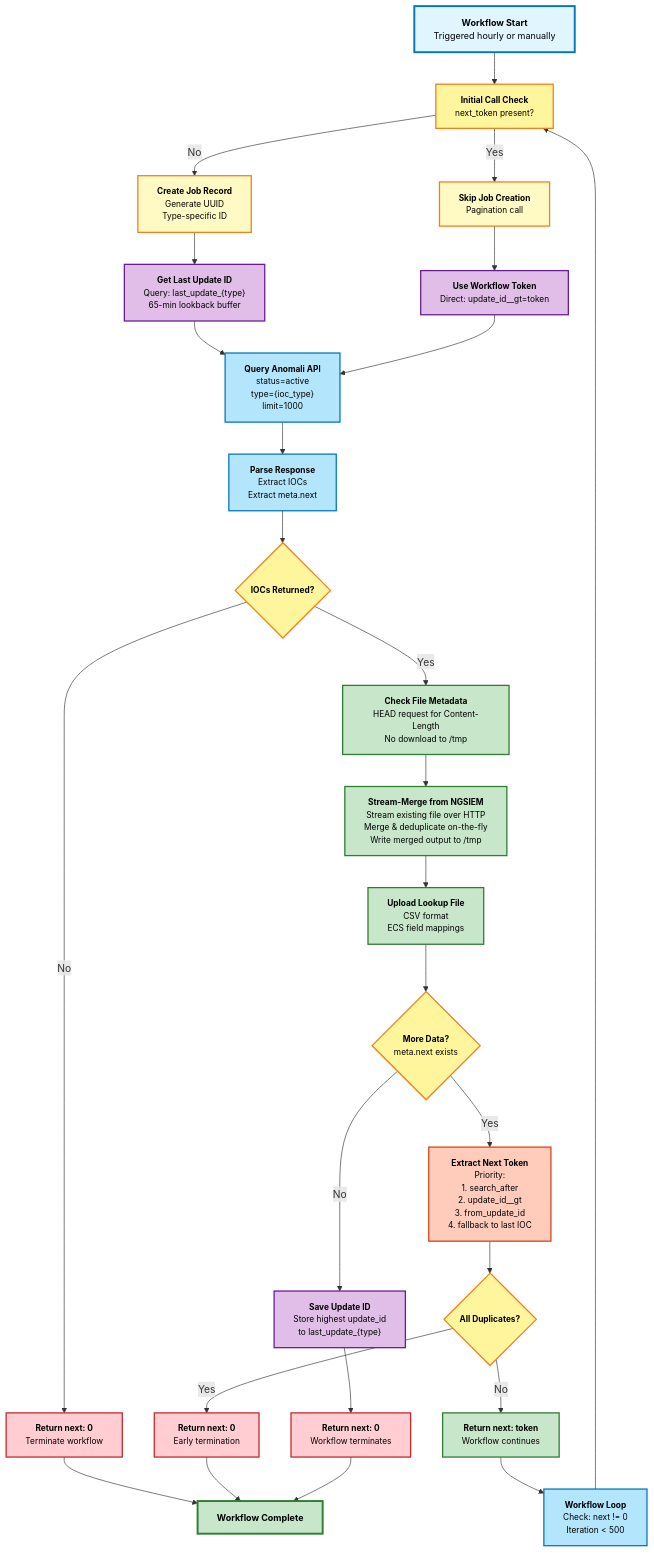
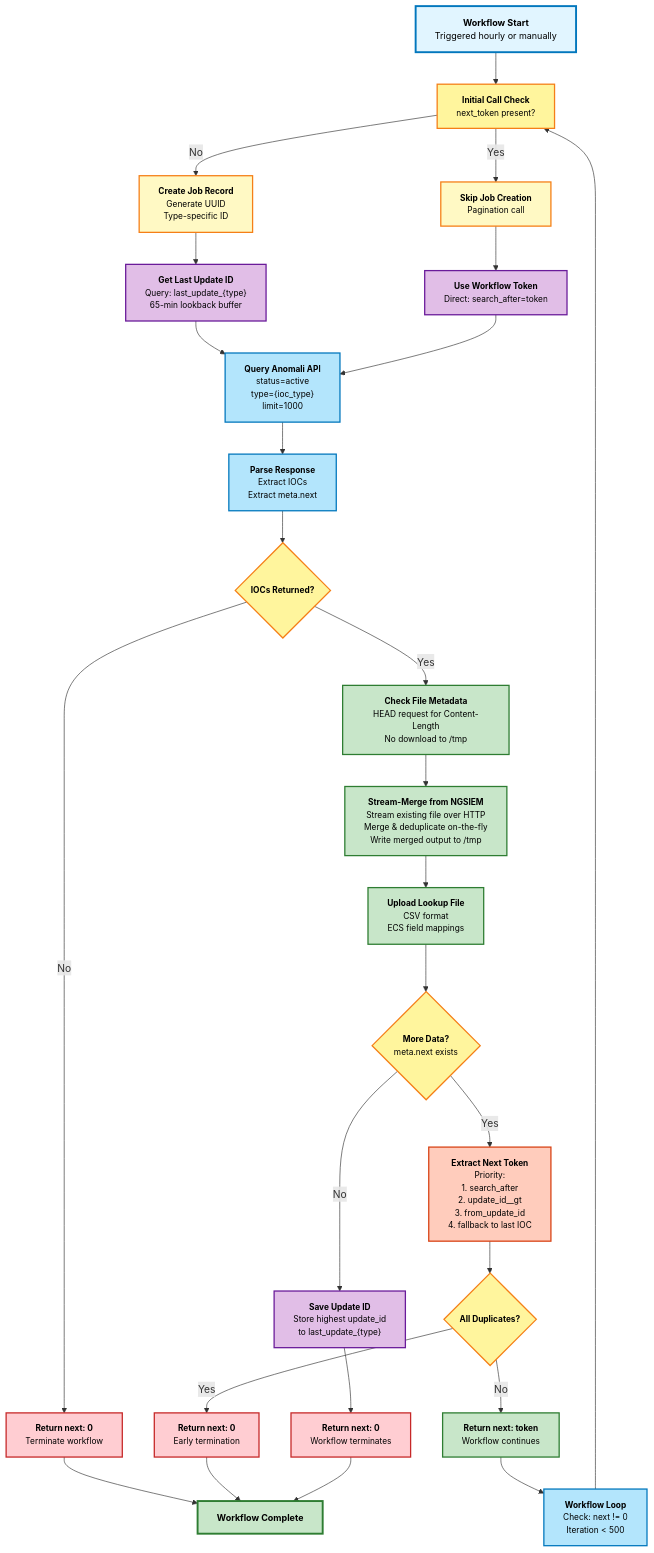
The diagram in dev-docs/sync-strategy.md (CrowdStrike/foundry-sample-anomali-threatstream), drawn with Mermaid before and after one commit. The commit also changed other lines of this file and 5 other files, not shown here.

First line of the commit message:
fix: use search_after for pagination instead of update_id__gt (#71)

````diff
--- a/dev-docs/sync-strategy.md
+++ b/dev-docs/sync-strategy.md
@@ -7,71 +7,71 @@
 ```mermaid
 flowchart TD
     Start["<b>Workflow Start</b><br/>Triggered hourly or manually"]
 
     Start --> InitCheck["<b>Initial Call Check</b><br/>next_token present?"]
 
     InitCheck -->|No| CreateJob["<b>Create Job Record</b><br/>Generate UUID<br/>Type-specific ID"]
     InitCheck -->|Yes| SkipJob["<b>Skip Job Creation</b><br/>Pagination call"]
 
     CreateJob --> GetState["<b>Get Last Update ID</b><br/>Query: last_update_{type}<br/>65-min lookback buffer"]
-    SkipJob --> UseToken["<b>Use Workflow Token</b><br/>Direct: update_id__gt=token"]
+    SkipJob --> UseToken["<b>Use Workflow Token</b><br/>Direct: search_after=token"]
 
     GetState --> Query["<b>Query Anomali API</b><br/>status=active<br/>type={ioc_type}<br/>limit=1000"]
     UseToken --> Query
 
     Query --> Parse["<b>Parse Response</b><br/>Extract IOCs<br/>Extract meta.next"]
 
     Parse --> HasData{"<b>IOCs Returned?</b>"}
 
     HasData -->|No| Return0["<b>Return next: 0</b><br/>Terminate workflow"]
 
     HasData -->|Yes| CheckMeta["<b>Check File Metadata</b><br/>HEAD request for Content-Length<br/>No download to /tmp"]
 
     CheckMeta --> StreamMerge["<b>Stream-Merge from NGSIEM</b><br/>Stream existing file over HTTP<br/>Merge & deduplicate on-the-fly<br/>Write merged output to /tmp"]
 
     StreamMerge --> Upload["<b>Upload Lookup File</b><br/>CSV format<br/>ECS field mappings"]
 
     Upload --> CheckNext{"<b>More Data?</b><br/>meta.next exists"}
 
     CheckNext -->|Yes| ExtractToken["<b>Extract Next Token</b><br/>Priority:<br/>1. search_after<br/>2. update_id__gt<br/>3. from_update_id<br/>4. fallback to last IOC"]
 
     CheckNext -->|No| SaveState["<b>Save Update ID</b><br/>Store highest update_id<br/>to last_update_{type}"]
 
     ExtractToken --> CheckDupes{"<b>All Duplicates?</b>"}
 
     CheckDupes -->|Yes| Return0Dupes["<b>Return next: 0</b><br/>Early termination"]
     CheckDupes -->|No| ReturnNext["<b>Return next: token</b><br/>Workflow continues"]
 
     SaveState --> Return0Final["<b>Return next: 0</b><br/>Workflow terminates"]
 
     ReturnNext --> WorkflowLoop["<b>Workflow Loop</b><br/>Check: next != 0<br/>Iteration < 500"]
 
     WorkflowLoop --> InitCheck
 
     Return0 --> End["<b>Workflow Complete</b>"]
     Return0Dupes --> End
     Return0Final --> End
 
     style Start fill:#e1f5ff,stroke:#0277bd,stroke-width:3px,color:#000,font-size:14px
     style End fill:#c8e6c9,stroke:#2e7d32,stroke-width:3px,color:#000,font-size:14px
     style CreateJob fill:#fff9c4,stroke:#f57f17,stroke-width:2px,color:#000,font-size:13px
     style SkipJob fill:#fff9c4,stroke:#f57f17,stroke-width:2px,color:#000,font-size:13px
     style GetState fill:#e1bee7,stroke:#6a1b9a,stroke-width:2px,color:#000,font-size:13px
     style UseToken fill:#e1bee7,stroke:#6a1b9a,stroke-width:2px,color:#000,font-size:13px
     style Query fill:#b3e5fc,stroke:#0277bd,stroke-width:2px,color:#000,font-size:13px
     style Parse fill:#b3e5fc,stroke:#0277bd,stroke-width:2px,color:#000,font-size:13px
     style CheckMeta fill:#c8e6c9,stroke:#2e7d32,stroke-width:2px,color:#000,font-size:13px
     style StreamMerge fill:#c8e6c9,stroke:#2e7d32,stroke-width:2px,color:#000,font-size:13px
     style Upload fill:#c8e6c9,stroke:#2e7d32,stroke-width:2px,color:#000,font-size:13px
     style ExtractToken fill:#ffccbc,stroke:#d84315,stroke-width:2px,color:#000,font-size:13px
     style SaveState fill:#e1bee7,stroke:#6a1b9a,stroke-width:2px,color:#000,font-size:13px
     style HasData fill:#fff59d,stroke:#f57f17,stroke-width:2px,color:#000,font-size:13px
     style CheckNext fill:#fff59d,stroke:#f57f17,stroke-width:2px,color:#000,font-size:13px
     style CheckDupes fill:#fff59d,stroke:#f57f17,stroke-width:2px,color:#000,font-size:13px
     style Return0 fill:#ffcdd2,stroke:#c62828,stroke-width:2px,color:#000,font-size:13px
     style Return0Dupes fill:#ffcdd2,stroke:#c62828,stroke-width:2px,color:#000,font-size:13px
     style Return0Final fill:#ffcdd2,stroke:#c62828,stroke-width:2px,color:#000,font-size:13px
     style ReturnNext fill:#c8e6c9,stroke:#2e7d32,stroke-width:2px,color:#000,font-size:13px
     style WorkflowLoop fill:#b3e5fc,stroke:#0277bd,stroke-width:2px,color:#000,font-size:13px
     style InitCheck fill:#fff59d,stroke:#f57f17,stroke-width:2px,color:#000,font-size:13px
 ```
````
